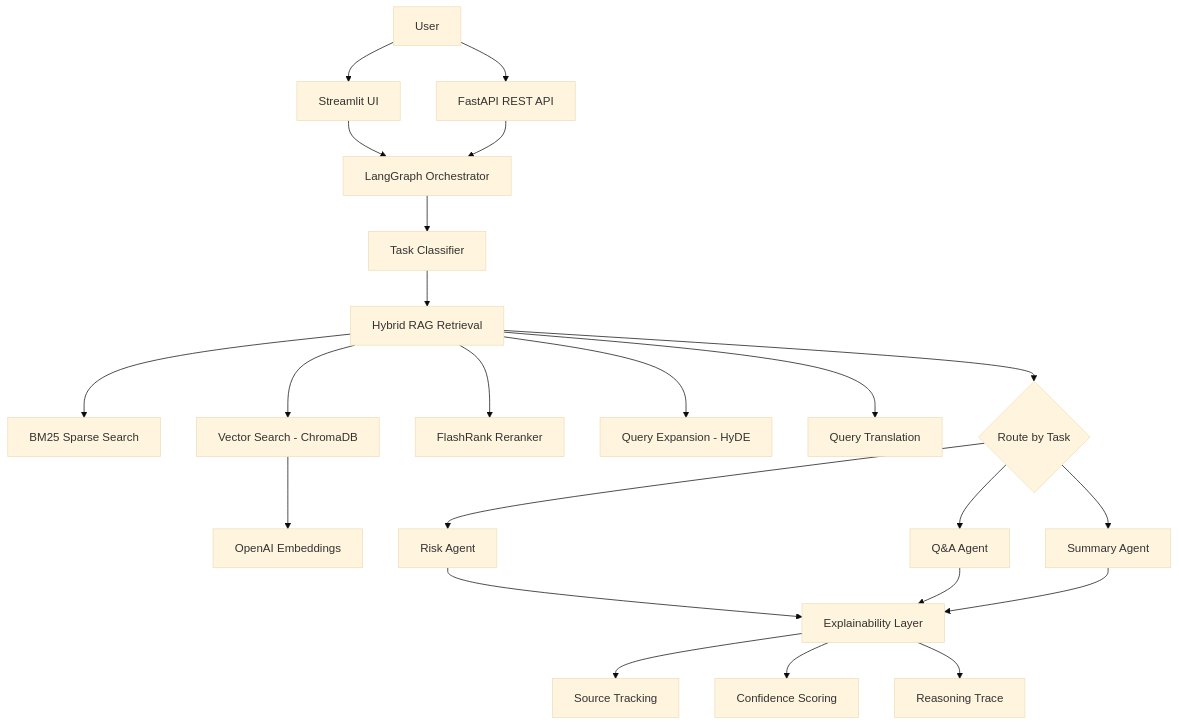
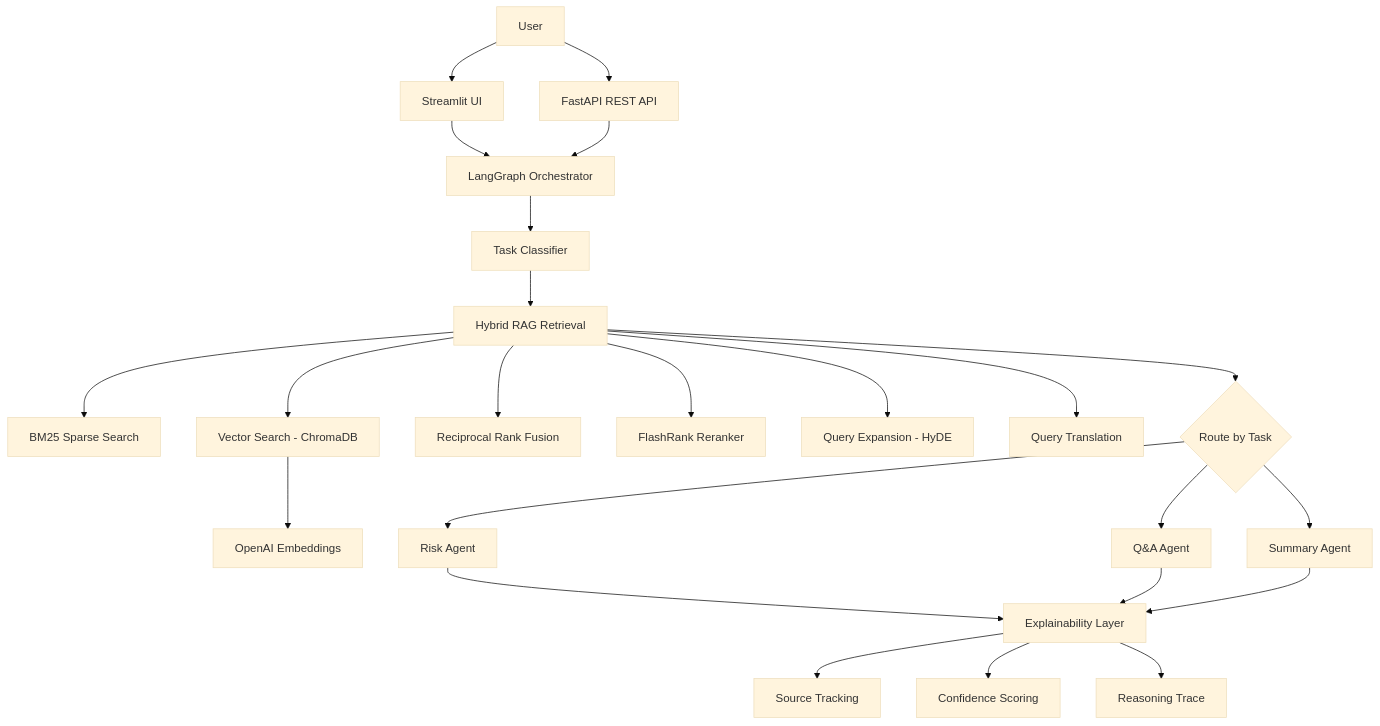
One commit to 1Alex919/LegalMind-AI changed the diagram in README.md. Above: the diagram before and after it, drawn with Mermaid (base theme). The commit also changed other lines of this file and 21 other files, not shown here.

````diff
--- a/README.md
+++ b/README.md
@@ -34,31 +35,32 @@
 ```mermaid
 graph TB
     User[User] --> UI[Streamlit UI]
     User --> API[FastAPI REST API]
     UI --> Orch[LangGraph Orchestrator]
     API --> Orch
 
     Orch --> Classify[Task Classifier]
     Classify --> Retrieve[Hybrid RAG Retrieval]
 
     Retrieve --> BM25[BM25 Sparse Search]
     Retrieve --> Vec[Vector Search - ChromaDB]
+    Retrieve --> RRF[Reciprocal Rank Fusion]
     Retrieve --> Rerank[FlashRank Reranker]
     Retrieve --> QE[Query Expansion - HyDE]
     Retrieve --> QT[Query Translation]
 
     Vec --> Embed[OpenAI Embeddings]
 
     Retrieve --> Route{Route by Task}
     Route --> Risk[Risk Agent]
     Route --> QA[Q&A Agent]
     Route --> Summary[Summary Agent]
 
     Risk --> Explain[Explainability Layer]
     QA --> Explain
     Summary --> Explain
 
     Explain --> Sources[Source Tracking]
     Explain --> Conf[Confidence Scoring]
     Explain --> Trace[Reasoning Trace]
 ```
````
